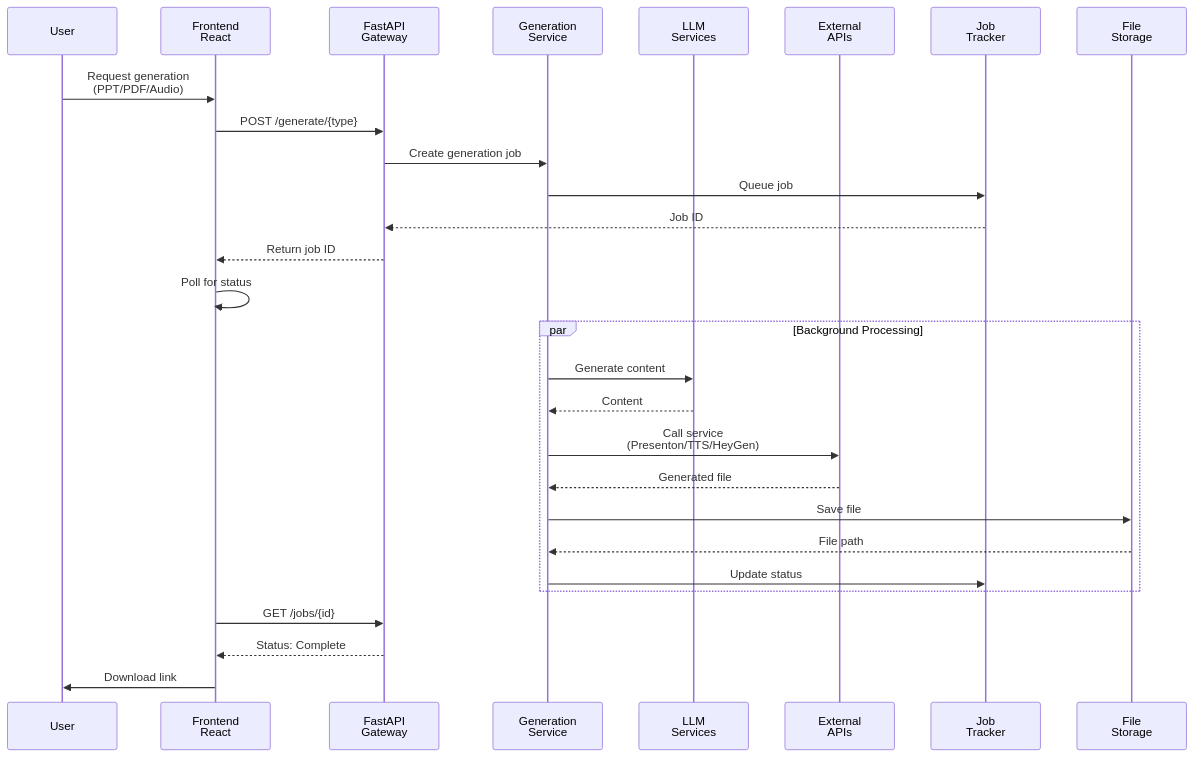
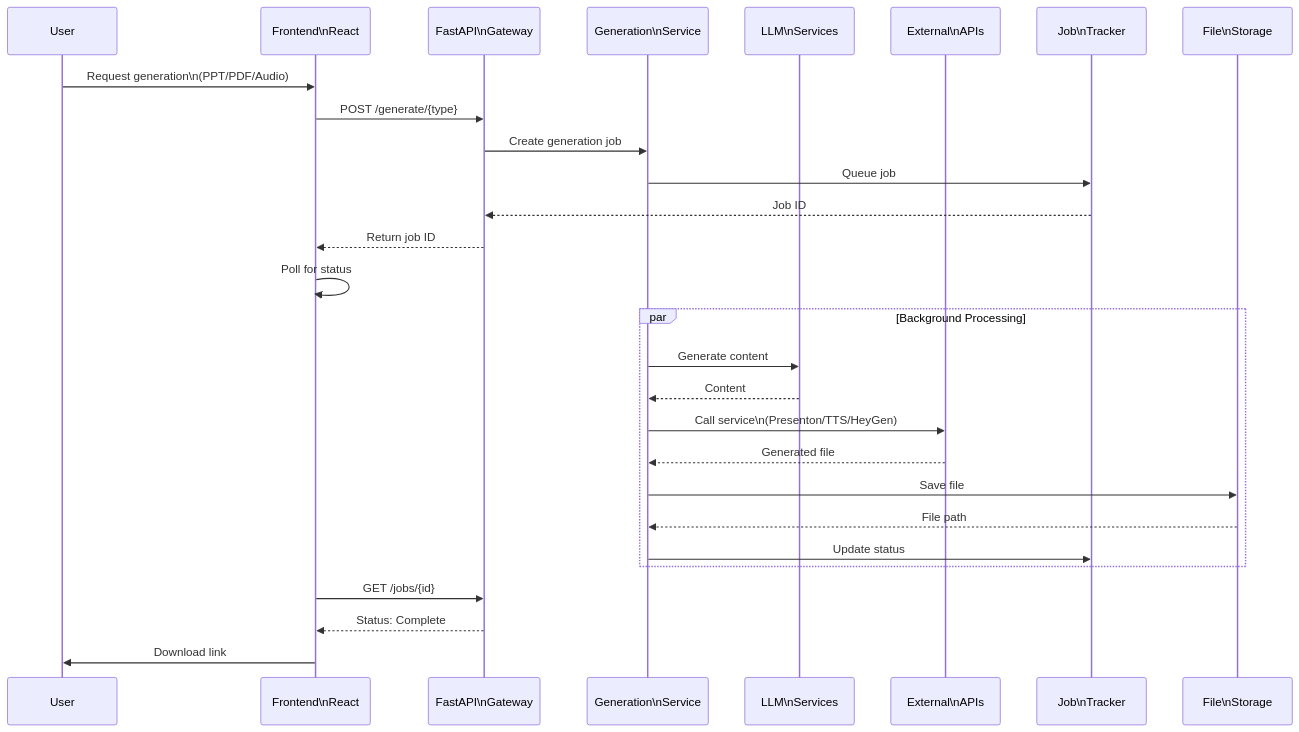
One commit to thiachan/agent changed the tenth of 19 diagrams in REFERENCE_ARCHITECTURE.md. Above: the diagram before and after it, drawn with Mermaid. The commit also changed other lines of this file and 40 other files, not shown here.

````diff
--- a/REFERENCE_ARCHITECTURE.md
+++ b/REFERENCE_ARCHITECTURE.md
@@ -453,33 +453,33 @@
 ```mermaid
 sequenceDiagram
     participant User
-    participant Frontend as Frontend<br/>React
-    participant API as FastAPI<br/>Gateway
-    participant GenSvc as Generation<br/>Service
-    participant LLM as LLM<br/>Services
-    participant External as External<br/>APIs
-    participant JobTracker as Job<br/>Tracker
-    participant FileStore as File<br/>Storage
+    participant Frontend as Frontend\nReact
+    participant API as FastAPI\nGateway
+    participant GenSvc as Generation\nService
+    participant LLM as LLM\nServices
+    participant External as External\nAPIs
+    participant JobTracker as Job\nTracker
+    participant FileStore as File\nStorage
     
-    User->>Frontend: Request generation<br/>(PPT/PDF/Audio)
+    User->>Frontend: Request generation\n(PPT/PDF/Audio)
     Frontend->>API: POST /generate/{type}
     API->>GenSvc: Create generation job
     GenSvc->>JobTracker: Queue job
     JobTracker-->>API: Job ID
     API-->>Frontend: Return job ID
     Frontend->>Frontend: Poll for status
     
     par Background Processing
         GenSvc->>LLM: Generate content
         LLM-->>GenSvc: Content
-        GenSvc->>External: Call service<br/>(Presenton/TTS/HeyGen)
+        GenSvc->>External: Call service\n(Presenton/TTS/HeyGen)
         External-->>GenSvc: Generated file
         GenSvc->>FileStore: Save file
         FileStore-->>GenSvc: File path
         GenSvc->>JobTracker: Update status
     end
     
     Frontend->>API: GET /jobs/{id}
     API-->>Frontend: Status: Complete
     Frontend->>User: Download link
 ```
````
